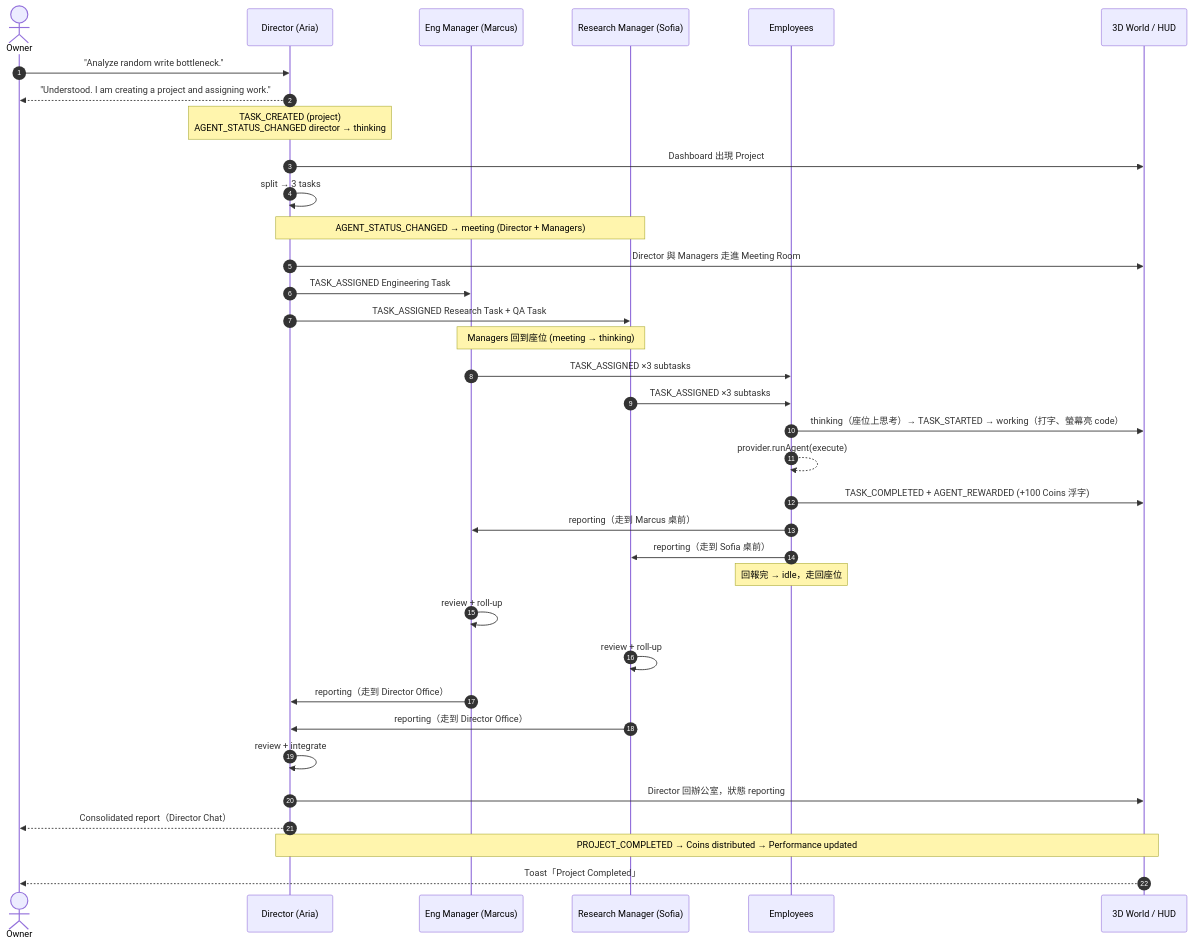
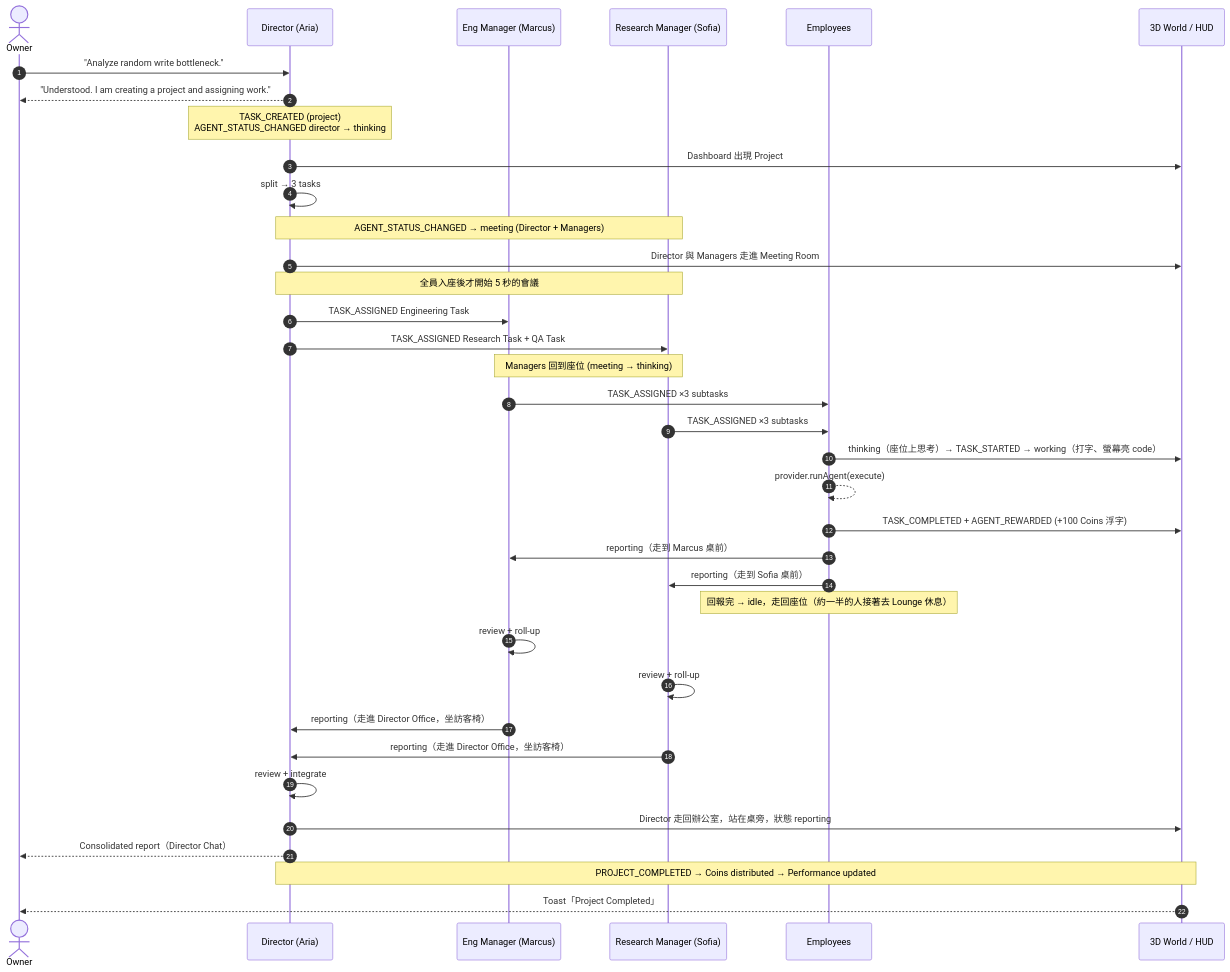
The third of 6 diagrams in docs/agent-flow.md (F64081169/3d-office), drawn with Mermaid before and after one commit. The commit also changed other lines of this file and 36 other files, not shown here.

````diff
--- a/docs/agent-flow.md
+++ b/docs/agent-flow.md
@@ -85,41 +85,42 @@
 ```mermaid
 sequenceDiagram
   autonumber
   actor Owner
   participant D as Director (Aria)
   participant EM as Eng Manager (Marcus)
   participant RM as Research Manager (Sofia)
   participant E as Employees
   participant UI as 3D World / HUD
 
   Owner->>D: "Analyze random write bottleneck."
   D-->>Owner: "Understood. I am creating a project and assigning work."
   Note over D: TASK_CREATED (project)<br/>AGENT_STATUS_CHANGED director → thinking
   D->>UI: Dashboard 出現 Project
 
   D->>D: split → 3 tasks
   Note over D,RM: AGENT_STATUS_CHANGED → meeting (Director + Managers)
   D->>UI: Director 與 Managers 走進 Meeting Room
+  Note over D,RM: 全員入座後才開始 5 秒的會議
   D->>EM: TASK_ASSIGNED Engineering Task
   D->>RM: TASK_ASSIGNED Research Task + QA Task
   Note over EM,RM: Managers 回到座位 (meeting → thinking)
 
   EM->>E: TASK_ASSIGNED ×3 subtasks
   RM->>E: TASK_ASSIGNED ×3 subtasks
   E->>UI: thinking（座位上思考）→ TASK_STARTED → working（打字、螢幕亮 code）
   E-->>E: provider.runAgent(execute)
   E->>UI: TASK_COMPLETED + AGENT_REWARDED (+100 Coins 浮字)
   E->>EM: reporting（走到 Marcus 桌前）
   E->>RM: reporting（走到 Sofia 桌前）
-  Note over E: 回報完 → idle，走回座位
+  Note over E: 回報完 → idle，走回座位（約一半的人接著去 Lounge 休息）
 
   EM->>EM: review + roll-up
   RM->>RM: review + roll-up
-  EM->>D: reporting（走到 Director Office）
-  RM->>D: reporting（走到 Director Office）
+  EM->>D: reporting（走進 Director Office，坐訪客椅）
+  RM->>D: reporting（走進 Director Office，坐訪客椅）
   D->>D: review + integrate
-  D->>UI: Director 回辦公室，狀態 reporting
+  D->>UI: Director 走回辦公室，站在桌旁，狀態 reporting
   D-->>Owner: Consolidated report（Director Chat）
   Note over D,UI: PROJECT_COMPLETED → Coins distributed → Performance updated
   UI-->>Owner: Toast「Project Completed」
 ```
````
